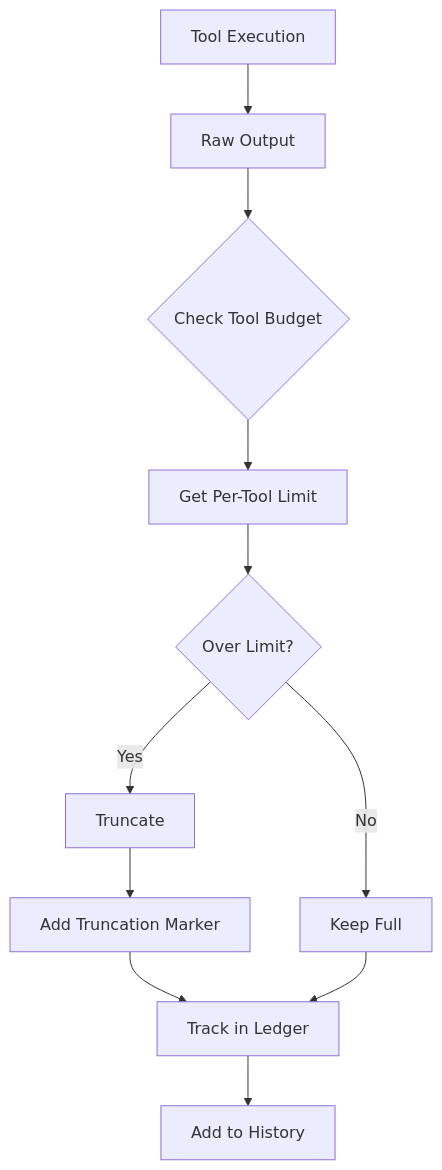
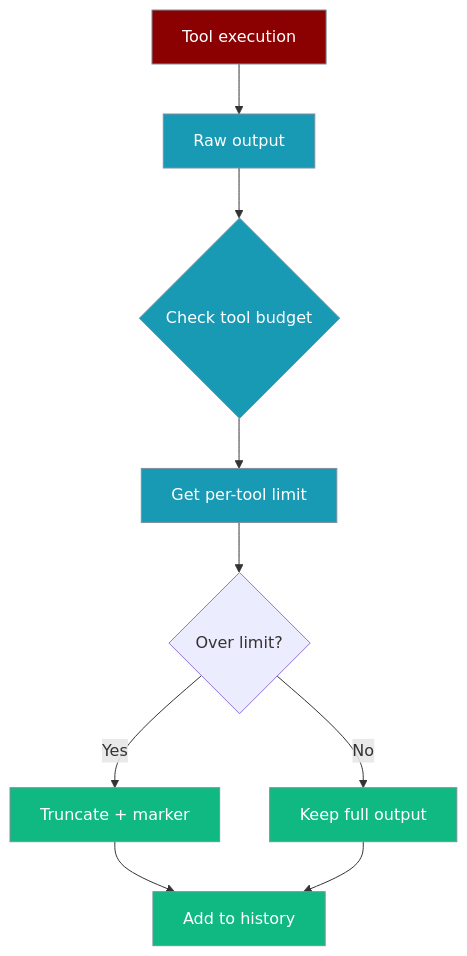
The second of 2 diagrams in docs/features/context-per-tool-budgets.mdx (MervinPraison/PraisonAIDocs), drawn with Mermaid before and after one commit. The commit also changed other lines of this file and 3 other files, not shown here.

````diff
--- a/docs/features/context-per-tool-budgets.mdx
+++ b/docs/features/context-per-tool-budgets.mdx
@@ -150,13 +65,19 @@
 ```mermaid
 graph TD
-    A[Tool Execution] --> B[Raw Output]
-    B --> C{Check Tool Budget}
-    C --> D[Get Per-Tool Limit]
-    D --> E{Over Limit?}
-    E -->|Yes| F[Truncate]
-    E -->|No| G[Keep Full]
-    F --> H[Add Truncation Marker]
-    H --> I[Track in Ledger]
-    G --> I
-    I --> J[Add to History]
+    A[Tool execution] --> B[Raw output]
+    B --> C{Check tool budget}
+    C --> D[Get per-tool limit]
+    D --> E{Over limit?}
+    E -->|Yes| F[Truncate + marker]
+    E -->|No| G[Keep full output]
+    F --> H[Add to history]
+    G --> H
+
+    classDef agent fill:#8B0000,stroke:#7C90A0,color:#fff
+    classDef tool fill:#189AB4,stroke:#7C90A0,color:#fff
+    classDef ok fill:#10B981,stroke:#7C90A0,color:#fff
+
+    class A agent
+    class B,C,D tool
+    class F,G,H ok
 ```
````
